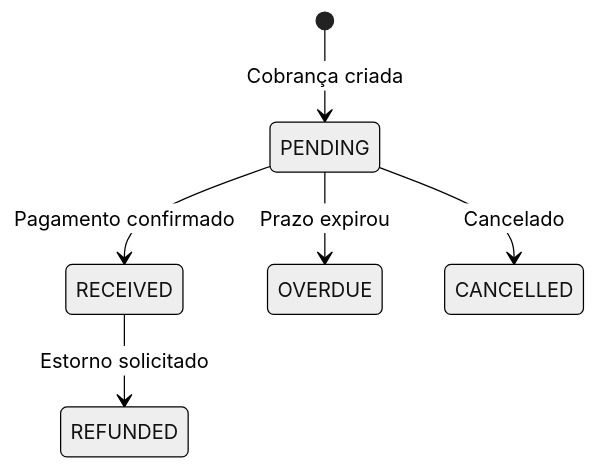
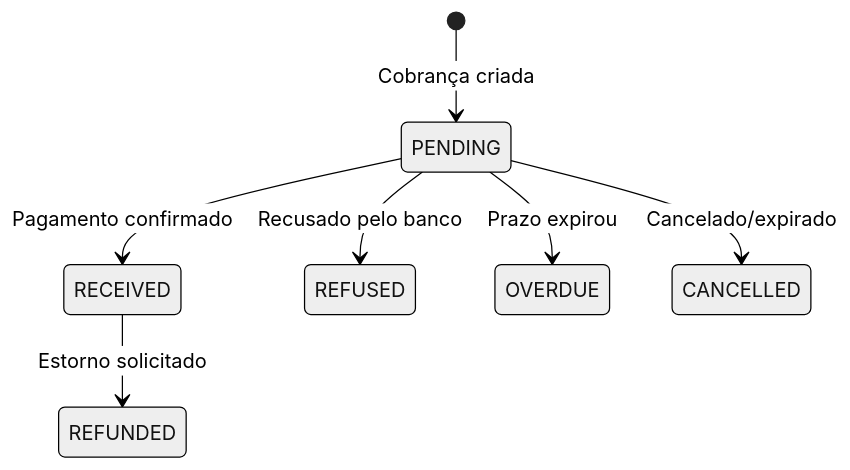
Before and after one commit to mourinha112/zucroapi: the diagram in docs/concepts/payments.mdx, drawn with Mermaid (neutral theme). The commit also changed other lines of this file and 8 other files, not shown here.

````diff
--- a/docs/concepts/payments.mdx
+++ b/docs/concepts/payments.mdx
@@ -155,8 +197,9 @@
 ```mermaid
 stateDiagram-v2
     [*] --> PENDING: Cobrança criada
     PENDING --> RECEIVED: Pagamento confirmado
+    PENDING --> REFUSED: Recusado pelo banco
     PENDING --> OVERDUE: Prazo expirou
+    PENDING --> CANCELLED: Cancelado/expirado
     RECEIVED --> REFUNDED: Estorno solicitado
-    PENDING --> CANCELLED: Cancelado
 ```
````
